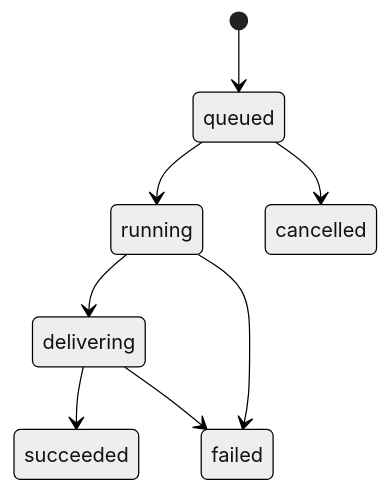
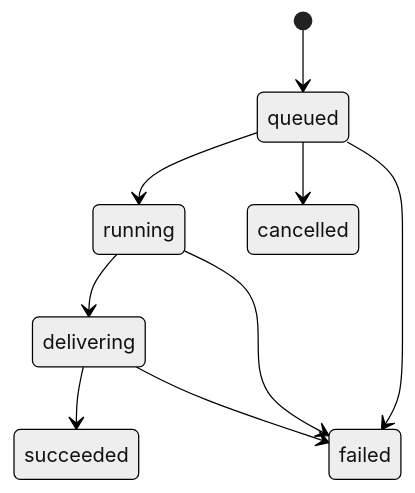
The diagram in docs/concepts/task-lifecycle.mdx (yir-ai/docs), drawn with Mermaid (neutral theme) before and after one commit. The commit also changed other lines of this file and 58 other files, not shown here.

````diff
--- a/docs/concepts/task-lifecycle.mdx
+++ b/docs/concepts/task-lifecycle.mdx
@@ -8,10 +19,11 @@
 ```mermaid
 stateDiagram-v2
   [*] --> queued
   queued --> running
+  queued --> cancelled
+  queued --> failed
   running --> delivering
+  running --> failed
   delivering --> succeeded
-  queued --> cancelled
-  running --> failed
   delivering --> failed
 ```
````
